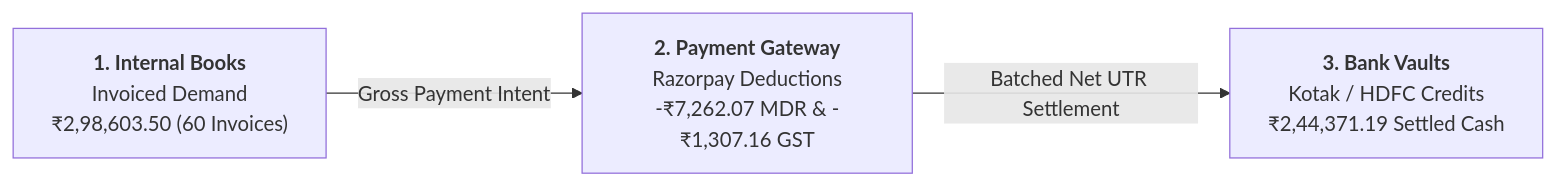
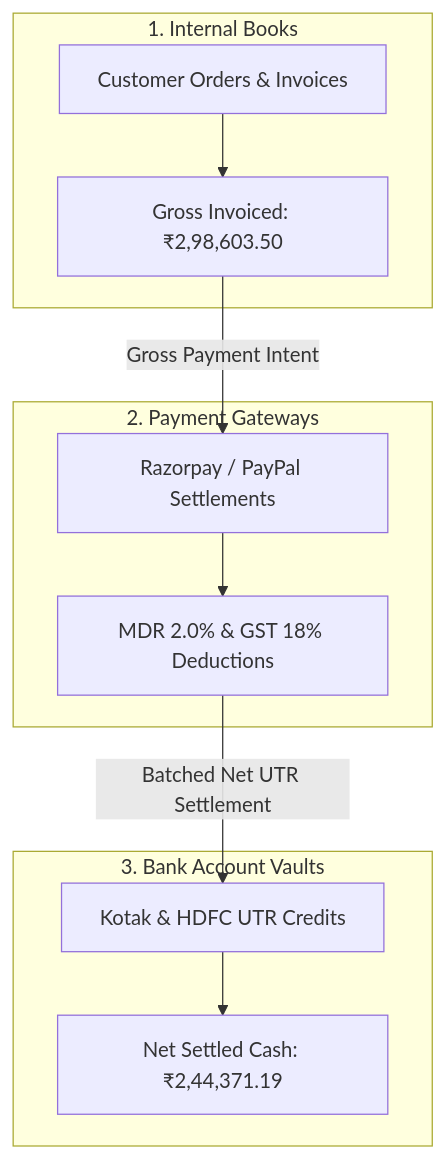
Before and after one commit to sharancode3/Finora: the first of 5 diagrams in README.md, drawn with Mermaid. The commit also changed other lines of this file, not shown here.

Commit message:
docs: standardize all architecture diagrams to match End-to-End System Architecture design language

````diff
--- a/README.md
+++ b/README.md
@@ -72,5 +72,23 @@
 ```mermaid
-flowchart LR
-    A["<b>1. Internal Books</b><br/>Invoiced Demand<br/>₹2,98,603.50 (60 Invoices)"] -->|"Gross Payment Intent"| B["<b>2. Payment Gateway</b><br/>Razorpay Deductions<br/>-₹7,262.07 MDR & -₹1,307.16 GST"]
-    B -->|"Batched Net UTR Settlement"| C["<b>3. Bank Vaults</b><br/>Kotak / HDFC Credits<br/>₹2,44,371.19 Settled Cash"]
+graph TD
+    subgraph Books["1. Internal Books"]
+        B1[Customer Orders & Invoices]
+        B2[Gross Invoiced: ₹2,98,603.50]
+    end
+
+    subgraph Gateway["2. Payment Gateways"]
+        G1[Razorpay / PayPal Settlements]
+        G2[MDR 2.0% & GST 18% Deductions]
+    end
+
+    subgraph Bank["3. Bank Account Vaults"]
+        K1[Kotak & HDFC UTR Credits]
+        K2[Net Settled Cash: ₹2,44,371.19]
+    end
+
+    B1 --> B2
+    B2 -->|"Gross Payment Intent"| G1
+    G1 --> G2
+    G2 -->|"Batched Net UTR Settlement"| K1
+    K1 --> K2
 ```
````
